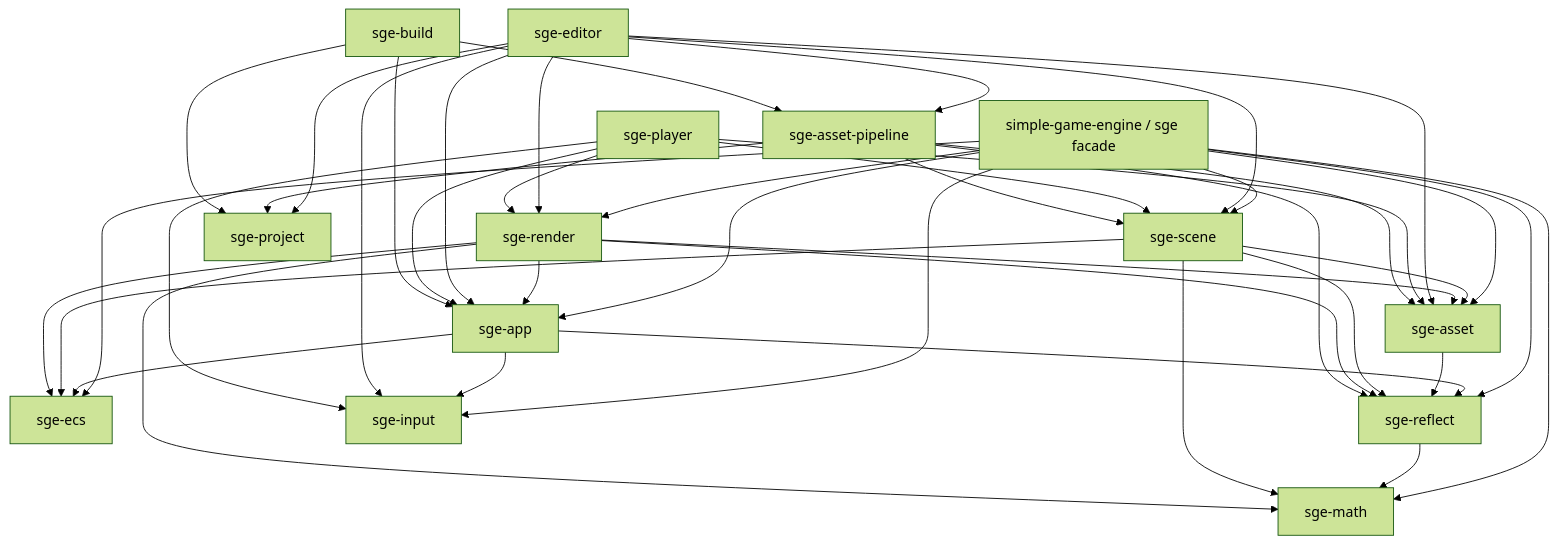
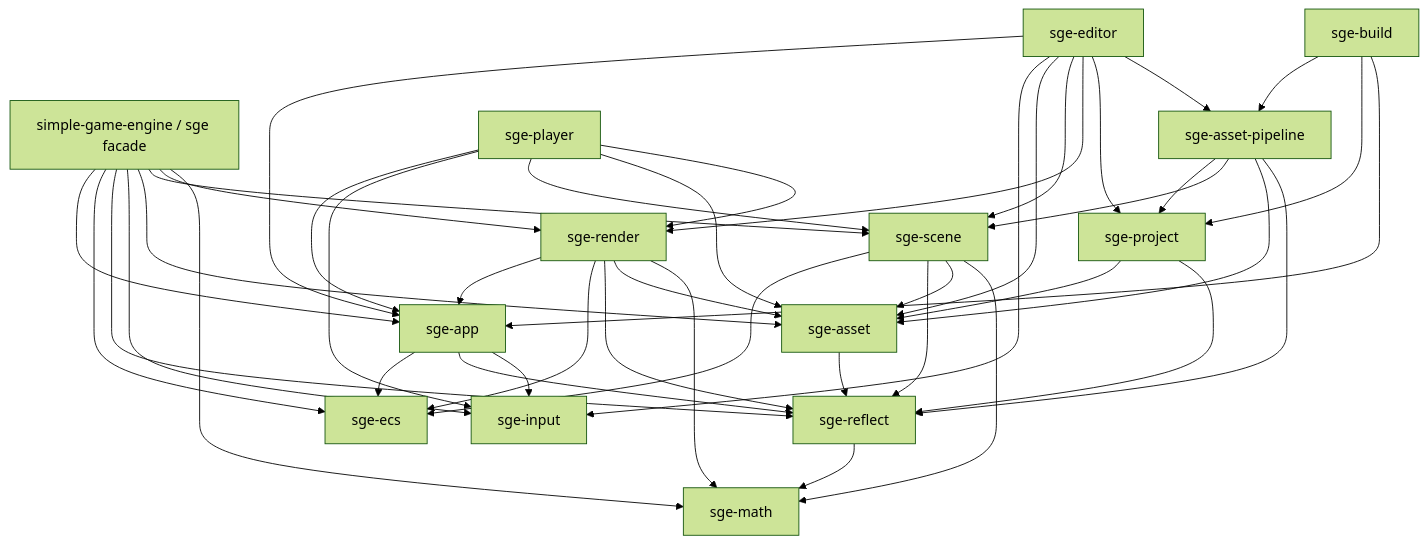
Before and after one commit to MRNIU/SimpleGameEngine: the second of 3 diagrams in docs/superpowers/specs/2026-07-11-rust-engine-target-architecture-design.md, drawn with Mermaid (forest theme). The commit also changed 1 other file, not shown here.

Commit message:
docs(architecture): 收口 Project And Data M2
定义 M2 的严格 project/manifest/scene 数据合同和受限 scene transfer seam，并补齐总架构中的 Project 依赖边。\n\n- 固定 UUID identity、portable path、双层原子性和失败边界\n- 明确 Ready-only World 初始化与 typed reference 不变量\n- 锁定 headless roundtrip、dependency audit 和 M2 完成 gate

````diff
--- a/docs/superpowers/specs/2026-07-11-rust-engine-target-architecture-design.md
+++ b/docs/superpowers/specs/2026-07-11-rust-engine-target-architecture-design.md
@@ -166,52 +166,55 @@
 ```mermaid
 flowchart TD
   Facade["simple-game-engine / sge facade"] --> App["sge-app"]
   Facade --> ECS["sge-ecs"]
   Facade --> Reflect["sge-reflect"]
   Facade --> Input["sge-input"]
   Facade --> Asset["sge-asset"]
   Facade --> Scene["sge-scene"]
   Facade --> Render["sge-render"]
   Facade --> Math["sge-math"]
 
   App --> ECS
   App --> Reflect
   App --> Input
 
   Reflect --> Math
 
   Asset --> Reflect
   Scene --> ECS
   Scene --> Reflect
   Scene --> Asset
   Scene --> Math
 
+  Project["sge-project"] --> Asset
+  Project --> Reflect
+
   Render --> App
   Render --> ECS
   Render --> Reflect
   Render --> Asset
   Render --> Math
 
   Editor["sge-editor"] --> App
   Editor --> Input
   Editor --> Asset
   Editor --> Scene
   Editor --> Render
-  Editor --> Project["sge-project"]
+  Editor --> Project
   Editor --> Pipeline["sge-asset-pipeline"]
 
   Player["sge-player"] --> App
   Player --> Input
   Player --> Scene
   Player --> Asset
   Player --> Render
 
   Pipeline --> Project
   Pipeline --> Scene
   Pipeline --> Asset
   Pipeline --> Reflect
 
   Build["sge-build"] --> Pipeline
   Build --> Project
   Build --> App
 ```
````
